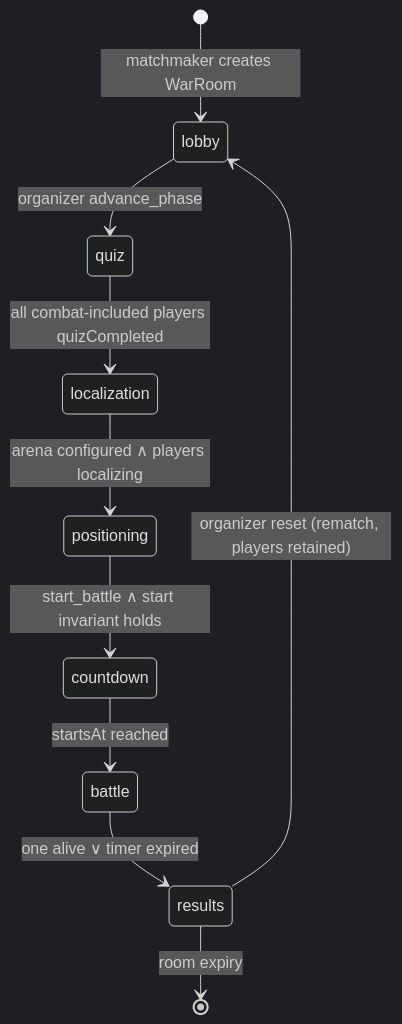
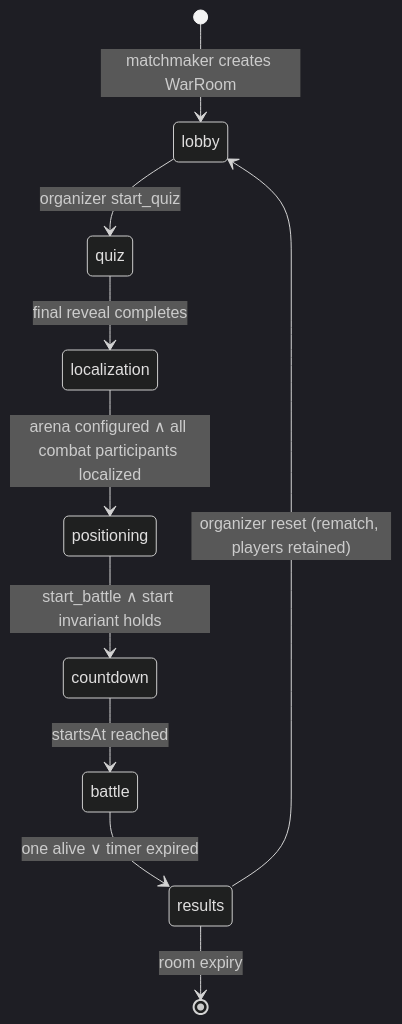
Before and after one commit to Vaibtan/CodexWars: the eighth of 9 diagrams in ARCHITECTURE.md, drawn with Mermaid (dark theme). The commit also changed other lines of this file and 19 other files, not shown here.

````diff
--- a/ARCHITECTURE.md
+++ b/ARCHITECTURE.md
@@ -240,12 +240,12 @@
 ```mermaid
 stateDiagram-v2
     [*] --> lobby: matchmaker creates WarRoom
-    lobby --> quiz: organizer advance_phase
-    quiz --> localization: all combat-included players quizCompleted
-    localization --> positioning: arena configured ∧ players localizing
+    lobby --> quiz: organizer start_quiz
+    quiz --> localization: final reveal completes
+    localization --> positioning: arena configured ∧ all combat participants localized
     positioning --> countdown: start_battle ∧ start invariant holds
     countdown --> battle: startsAt reached
     battle --> results: one alive ∨ timer expired
     results --> lobby: organizer reset (rematch, players retained)
     results --> [*]: room expiry
 ```
````
